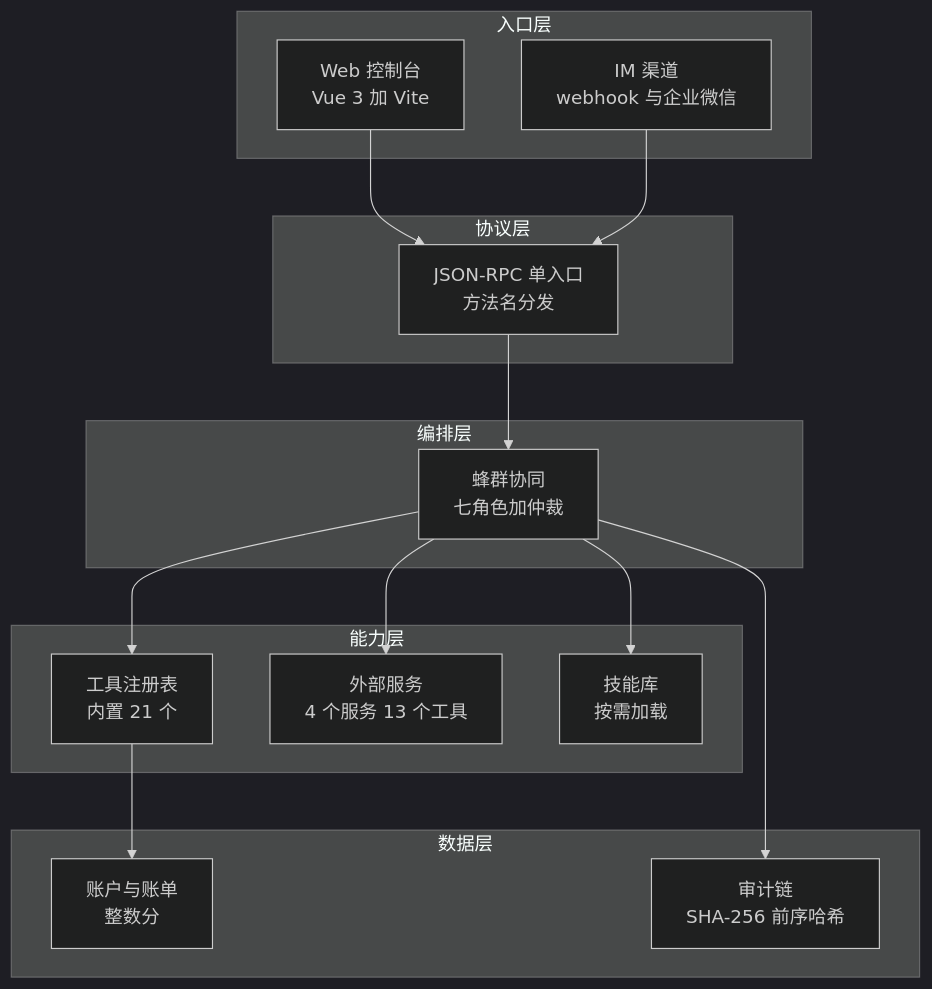
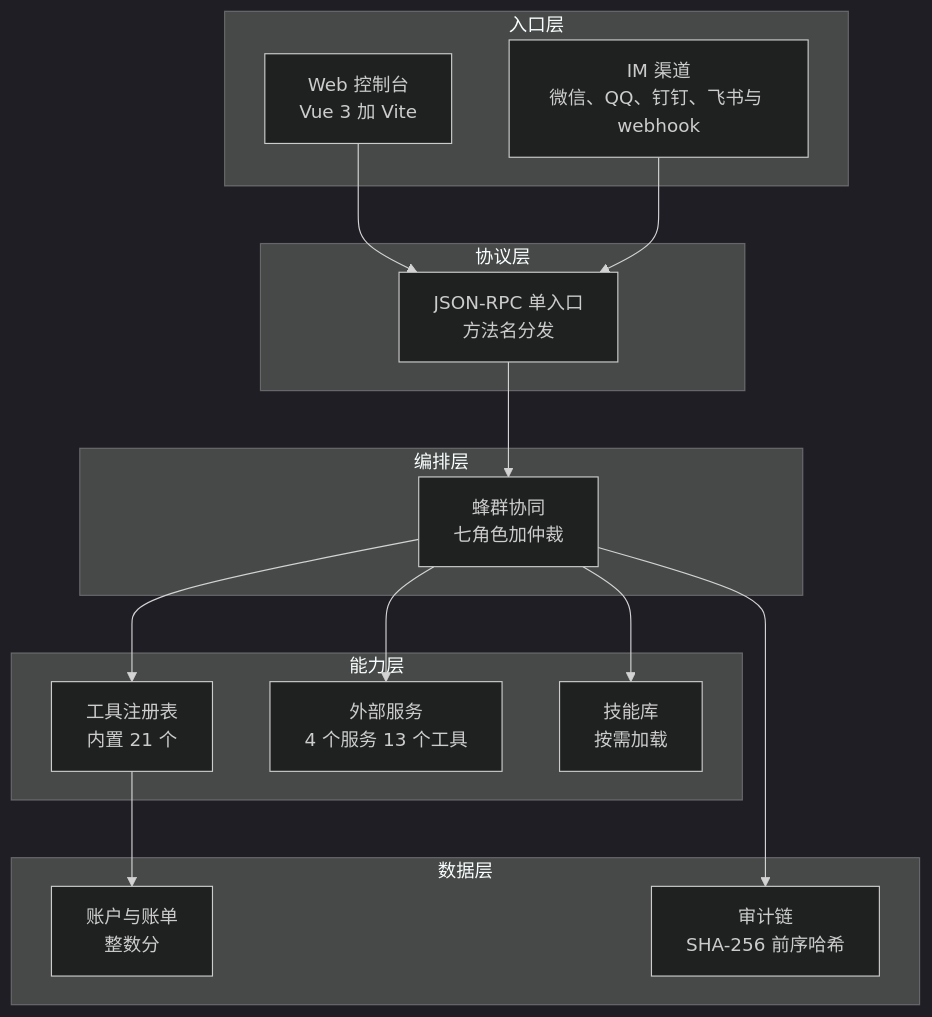
One commit to MakeBlackSheepGreat/CordiBank changed the first of 4 diagrams in docs/02-技术文档.md. Above: the diagram before and after it, drawn with Mermaid (dark theme). The commit also changed other lines of this file and 92 other files, not shown here.

````diff
--- a/docs/02-技术文档.md
+++ b/docs/02-技术文档.md
@@ -13,30 +13,30 @@
 ```mermaid
 flowchart TB
   subgraph L1["入口层"]
     WEB["Web 控制台<br/>Vue 3 加 Vite"]
-    IM["IM 渠道<br/>webhook 与企业微信"]
+    IM["IM 渠道<br/>微信、QQ、钉钉、飞书与 webhook"]
   end
   subgraph L2["协议层"]
     RPC["JSON-RPC 单入口<br/>方法名分发"]
   end
   subgraph L3["编排层"]
     SWARM["蜂群协同<br/>七角色加仲裁"]
   end
   subgraph L4["能力层"]
     TOOLS["工具注册表<br/>内置 21 个"]
     MCP["外部服务<br/>4 个服务 13 个工具"]
     SKILL["技能库<br/>按需加载"]
   end
   subgraph L5["数据层"]
     STATE["账户与账单<br/>整数分"]
     AUDIT["审计链<br/>SHA-256 前序哈希"]
   end
   WEB --> RPC
   IM --> RPC
   RPC --> SWARM
   SWARM --> TOOLS
   SWARM --> MCP
   SWARM --> SKILL
   TOOLS --> STATE
   SWARM --> AUDIT
 ```
````
